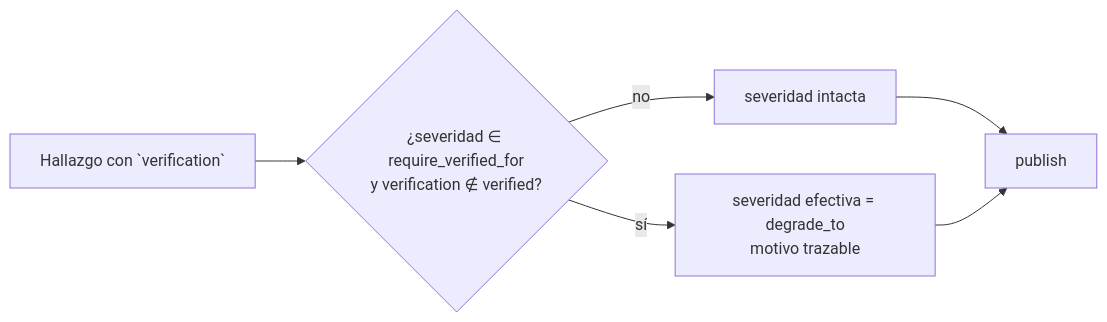
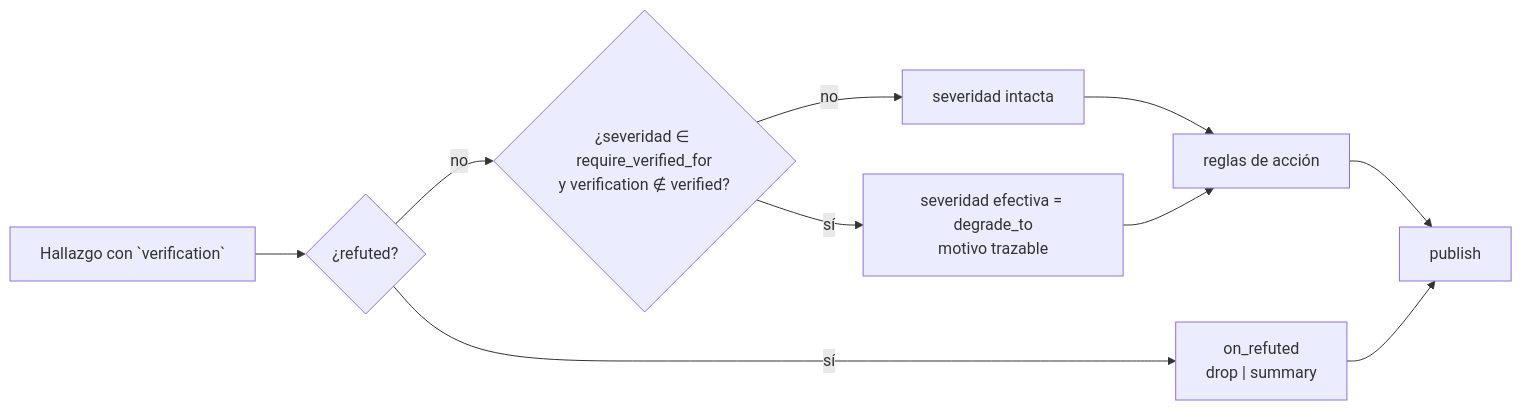
Before and after one commit to pcgarat/agent-review-langgraph: the diagram in docs/iniciativas/011-gate-de-severidad/spec.md, drawn with Mermaid. The commit also changed other lines of this file and 8 other files, not shown here.

````diff
--- a/docs/iniciativas/011-gate-de-severidad/spec.md
+++ b/docs/iniciativas/011-gate-de-severidad/spec.md
@@ -117,8 +125,12 @@
 ```mermaid
 flowchart LR
-    F["Hallazgo con `verification`"] --> Q{"¿severidad ∈ require_verified_for<br/>y verification ∉ verified?"}
+    F["Hallazgo con `verification`"] --> R{"¿refuted?"}
+    R -->|sí| REF["on_refuted<br/>drop | summary"]
+    R -->|no| Q{"¿severidad ∈ require_verified_for<br/>y verification ∉ verified?"}
     Q -->|no| KEEP["severidad intacta"]
     Q -->|sí| DEG["severidad efectiva = degrade_to<br/>motivo trazable"]
-    KEEP --> PUB["publish"]
-    DEG --> PUB
+    KEEP --> RULES["reglas de acción"]
+    DEG --> RULES
+    RULES --> PUB["publish"]
+    REF --> PUB
 ```
````
